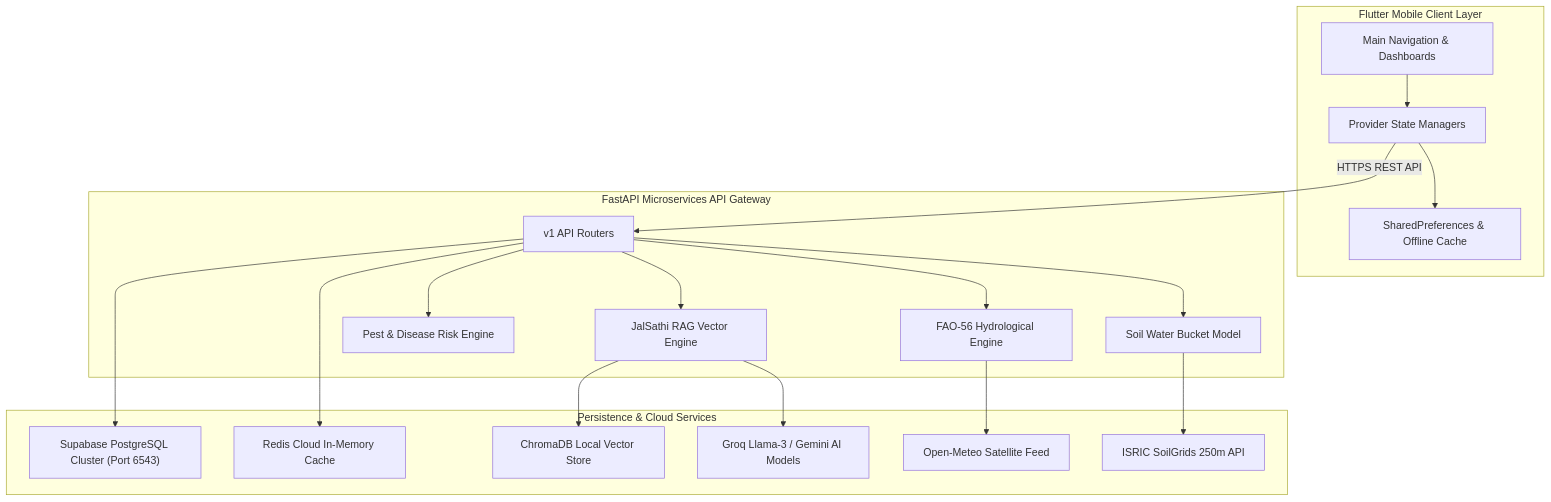
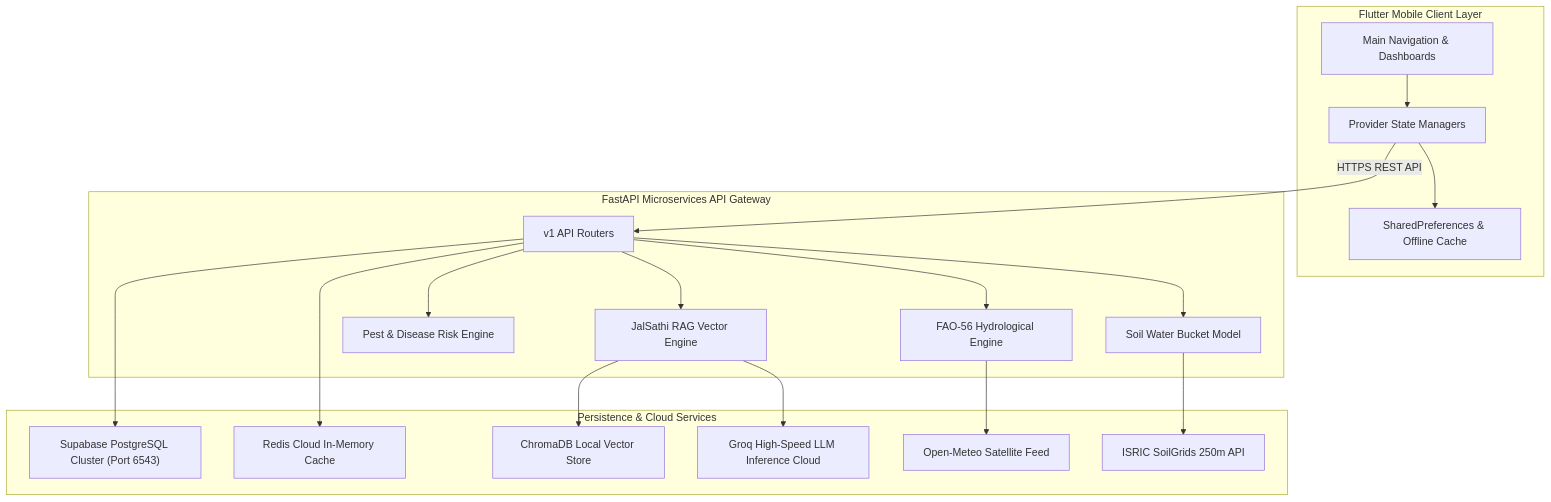
The first of 3 diagrams in docs/05_system_architecture_and_db.md (arpanpramanik2003/JalDrishti-AI), drawn with Mermaid before and after one commit. The commit also changed 13 other files, not shown here.

````diff
--- a/docs/05_system_architecture_and_db.md
+++ b/docs/05_system_architecture_and_db.md
@@ -9,41 +9,41 @@
 ```mermaid
 graph TD
     subgraph "Flutter Mobile Client Layer"
         UI["Main Navigation & Dashboards"]
         State["Provider State Managers"]
         LocalCache["SharedPreferences & Offline Cache"]
     end
 
     subgraph "FastAPI Microservices API Gateway"
         Router["v1 API Routers"]
         HydroEngine["FAO-56 Hydrological Engine"]
         SoilEngine["Soil Water Bucket Model"]
         PestEngine["Pest & Disease Risk Engine"]
         RAGEngine["JalSathi RAG Vector Engine"]
     end
 
     subgraph "Persistence & Cloud Services"
         DB["Supabase PostgreSQL Cluster (Port 6543)"]
         Cache["Redis Cloud In-Memory Cache"]
         Chroma["ChromaDB Local Vector Store"]
-        LLM["Groq Llama-3 / Gemini AI Models"]
+        LLM["Groq High-Speed LLM Inference Cloud"]
         WeatherAPI["Open-Meteo Satellite Feed"]
         SoilAPI["ISRIC SoilGrids 250m API"]
     end
 
     UI --> State
     State --> LocalCache
     State -->|HTTPS REST API| Router
 
     Router --> HydroEngine
     Router --> SoilEngine
     Router --> PestEngine
     Router --> RAGEngine
 
     HydroEngine --> WeatherAPI
     SoilEngine --> SoilAPI
     RAGEngine --> Chroma
     RAGEngine --> LLM
     Router --> DB
     Router --> Cache
 ```
````
